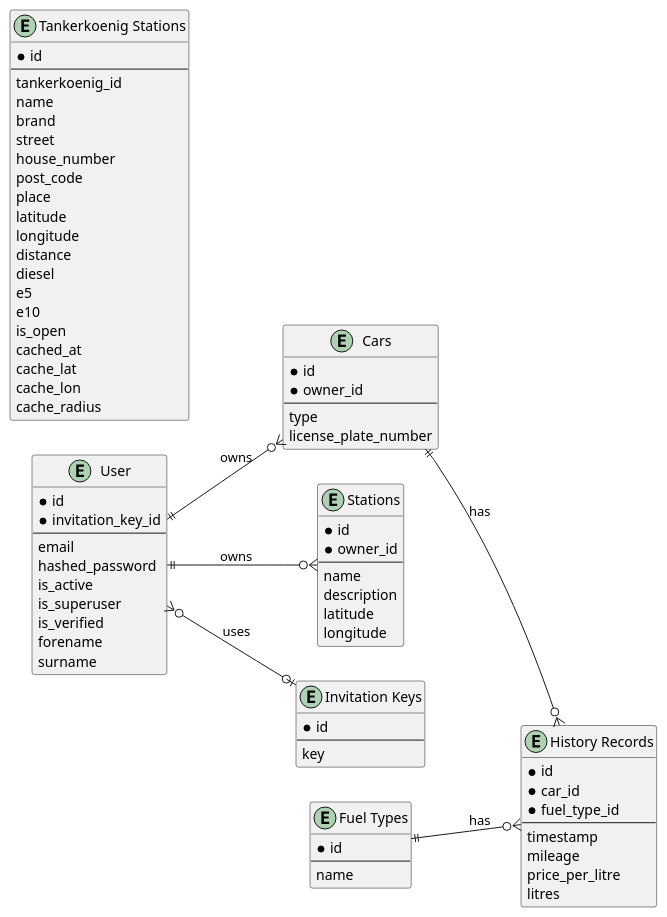
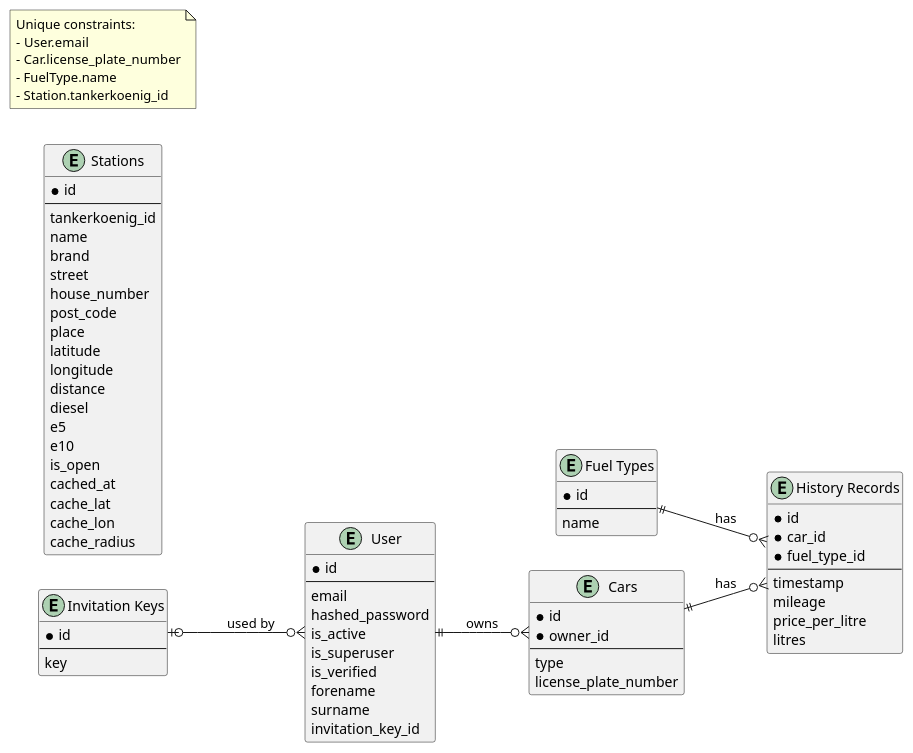
Before and after one commit to SQS-THRO/Tanker24: the diagram in docs/er-model.md, drawn with PlantUML. The commit also changed 5 other files, not shown here.

Commit message:
Updated documentation to remove the unused Station type

````diff
--- a/docs/er-model.md
+++ b/docs/er-model.md
@@ -9,7 +9,6 @@
 
 entity "User" as User {
   *id
-  *invitation_key_id
   --
   email
   hashed_password
@@ -18,6 +17,7 @@
   is_verified
   forename
   surname
+  invitation_key_id
 }
 
 entity "Cars" as Car {
@@ -45,7 +45,7 @@
   litres
 }
 
-entity "Tankerkoenig Stations" as TankerkoenigStation {
+entity "Stations" as Station {
   *id
   --
   tankerkoenig_id
@@ -68,27 +68,18 @@
   cache_radius
 }
 
-entity "Stations" as Stations {
-  *id
-  *owner_id
-  --
-  name
-  description
-  latitude
-  longitude
-}
-
 entity "Invitation Keys" as InvitationKeys{
   *id
   --
   key
 }
 
-User }o--o| InvitationKeys: uses
+InvitationKeys |o--o{ User : used by
 User ||--o{ Car : owns
-User ||--o{ Stations : owns
 Car ||--o{ HistoryRecord : has
 FuelType ||--o{ HistoryRecord : has
 
+note "Unique constraints:\n- User.email\n- Car.license_plate_number\n- FuelType.name\n- Station.tankerkoenig_id" as N1
+
 @enduml
 ```
````
